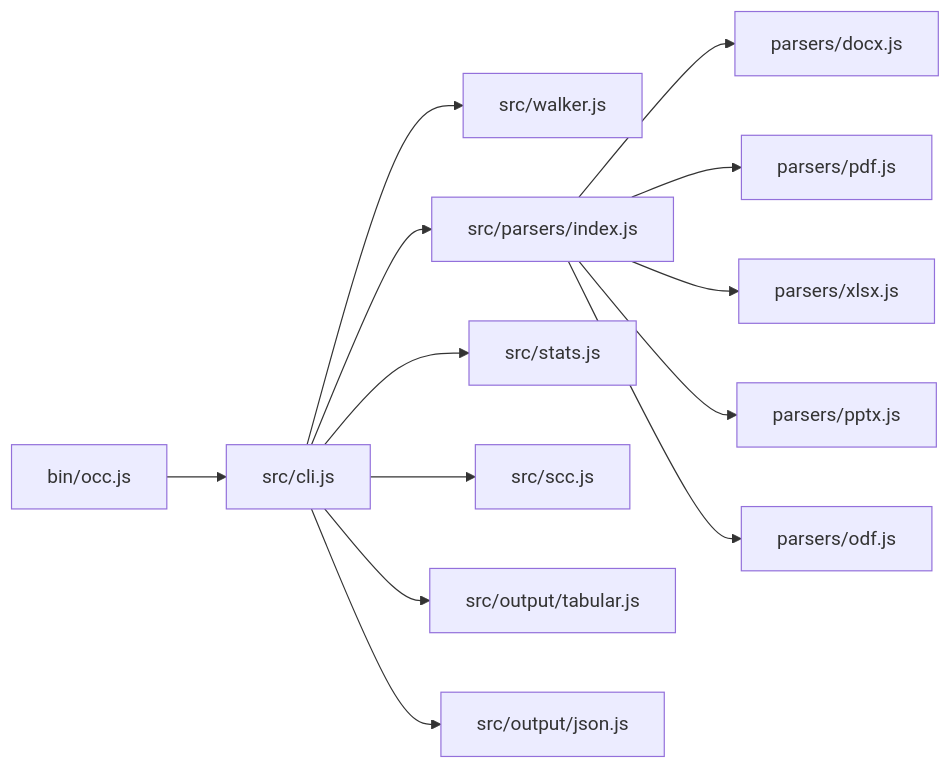
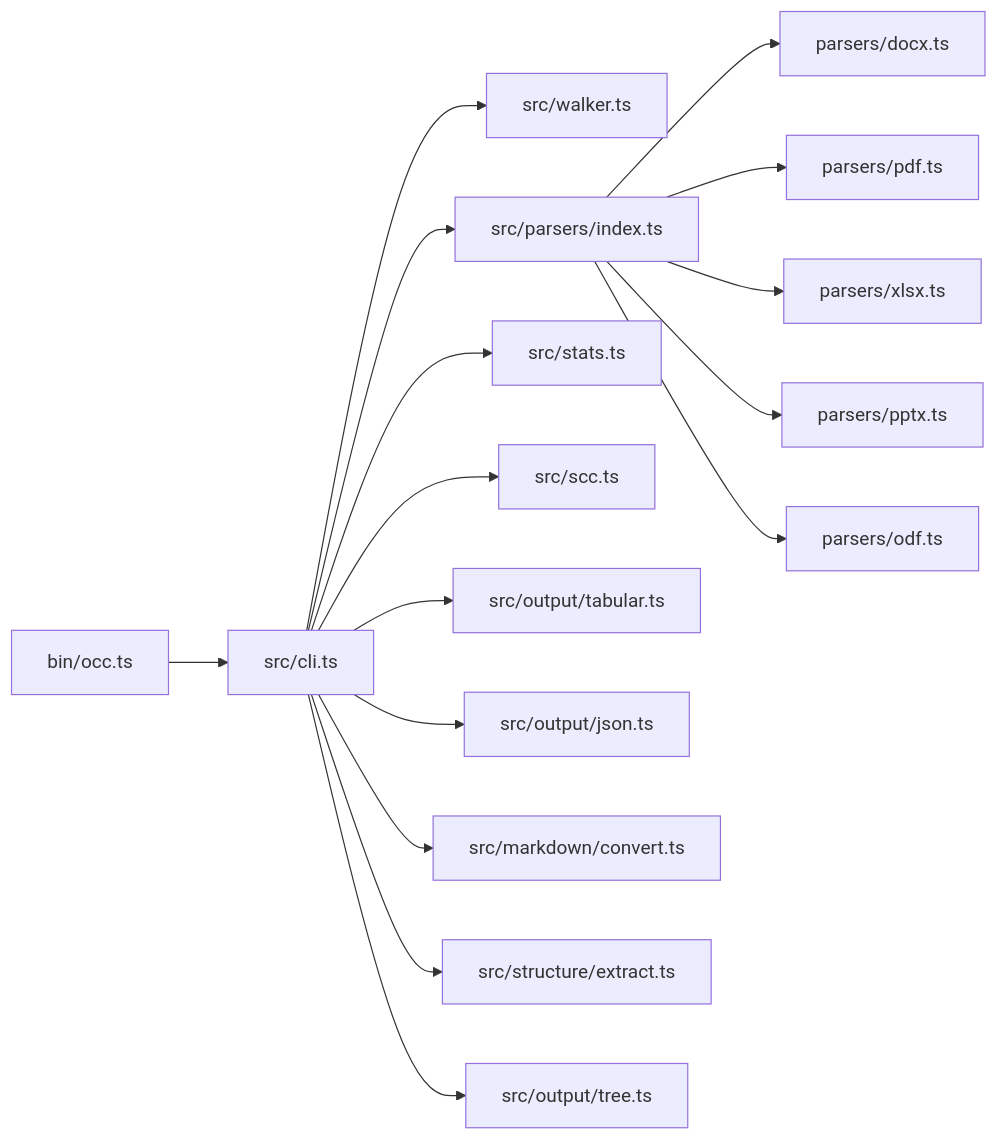
The first of 2 diagrams in docs/architecture/overview.md (cesarandreslopez/occ), drawn with Mermaid before and after one commit. The commit also changed other lines of this file and 47 other files, not shown here.

````diff
--- a/docs/architecture/overview.md
+++ b/docs/architecture/overview.md
@@ -7,15 +7,18 @@
 ```mermaid
 graph LR
-    A[bin/occ.js] --> B[src/cli.js]
-    B --> C[src/walker.js]
-    B --> D[src/parsers/index.js]
-    B --> E[src/stats.js]
-    B --> F[src/scc.js]
-    B --> G[src/output/tabular.js]
-    B --> H[src/output/json.js]
-    D --> I[parsers/docx.js]
-    D --> J[parsers/pdf.js]
-    D --> K[parsers/xlsx.js]
-    D --> L[parsers/pptx.js]
-    D --> M[parsers/odf.js]
+    A[bin/occ.ts] --> B[src/cli.ts]
+    B --> C[src/walker.ts]
+    B --> D[src/parsers/index.ts]
+    B --> E[src/stats.ts]
+    B --> F[src/scc.ts]
+    B --> G[src/output/tabular.ts]
+    B --> H[src/output/json.ts]
+    B --> I[src/markdown/convert.ts]
+    B --> J[src/structure/extract.ts]
+    B --> K[src/output/tree.ts]
+    D --> L[parsers/docx.ts]
+    D --> M[parsers/pdf.ts]
+    D --> N[parsers/xlsx.ts]
+    D --> O[parsers/pptx.ts]
+    D --> P[parsers/odf.ts]
 ```
````
